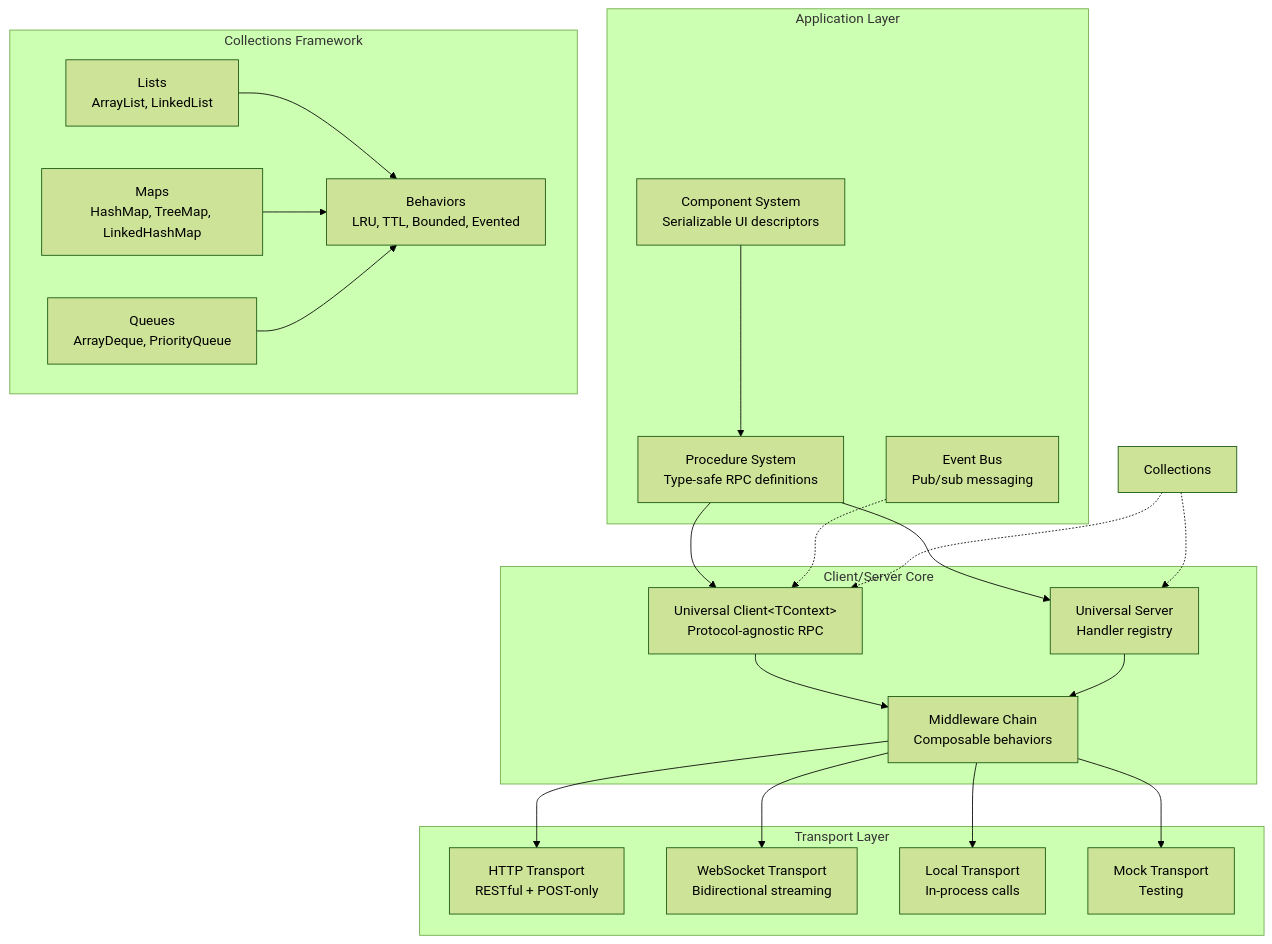
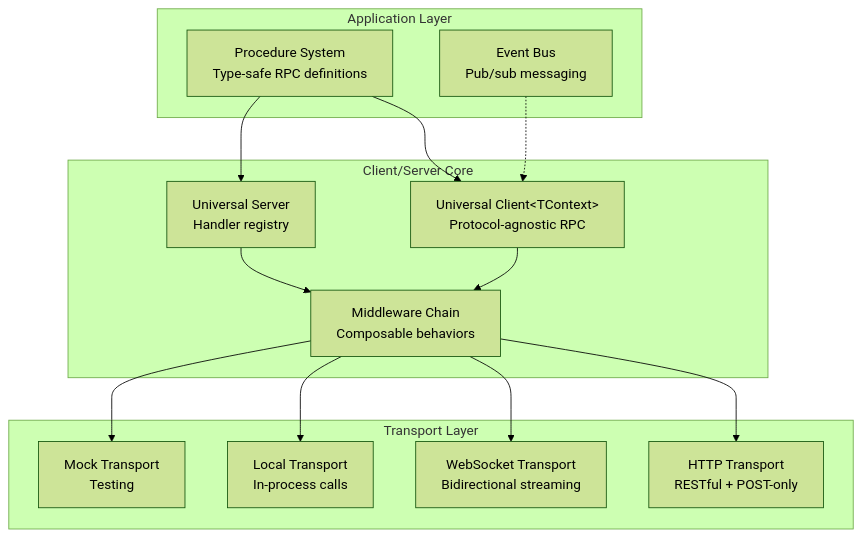
Before and after one commit to mark1russell7/client: the first of 2 diagrams in packages/client/README.md, drawn with Mermaid (forest theme). The commit also changed other lines of this file and 5 other files, not shown here.

First line of the commit message:
documentation: the new package boundaries (client-store, components in client-splay, a core with no workspace dependency)

````diff
--- a/packages/client/README.md
+++ b/packages/client/README.md
@@ -44,47 +45,32 @@
 ```mermaid
 graph TB
     subgraph "Application Layer"
         Procedures[Procedure System<br/>Type-safe RPC definitions]
-        Components[Component System<br/>Serializable UI descriptors]
         Events[Event Bus<br/>Pub/sub messaging]
     end
 
     subgraph "Client/Server Core"
         Client[Universal Client&lt;TContext&gt;<br/>Protocol-agnostic RPC]
         Server[Universal Server<br/>Handler registry]
         Middleware[Middleware Chain<br/>Composable behaviors]
     end
 
     subgraph "Transport Layer"
         HTTP[HTTP Transport<br/>RESTful + POST-only]
         WebSocket[WebSocket Transport<br/>Bidirectional streaming]
         Local[Local Transport<br/>In-process calls]
         Mock[Mock Transport<br/>Testing]
     end
 
-    subgraph "Collections Framework"
-        Lists[Lists<br/>ArrayList, LinkedList]
-        Maps[Maps<br/>HashMap, TreeMap, LinkedHashMap]
-        Queues[Queues<br/>ArrayDeque, PriorityQueue]
-        Behaviors[Behaviors<br/>LRU, TTL, Bounded, Evented]
-    end
-
     Procedures --> Client
     Procedures --> Server
-    Components --> Procedures
     Events -.-> Client
 
     Client --> Middleware
     Server --> Middleware
     Middleware --> HTTP
     Middleware --> WebSocket
     Middleware --> Local
     Middleware --> Mock
 
-    Collections -.-> Client
-    Collections -.-> Server
-
-    Lists --> Behaviors
-    Maps --> Behaviors
-    Queues --> Behaviors
 ```
````
